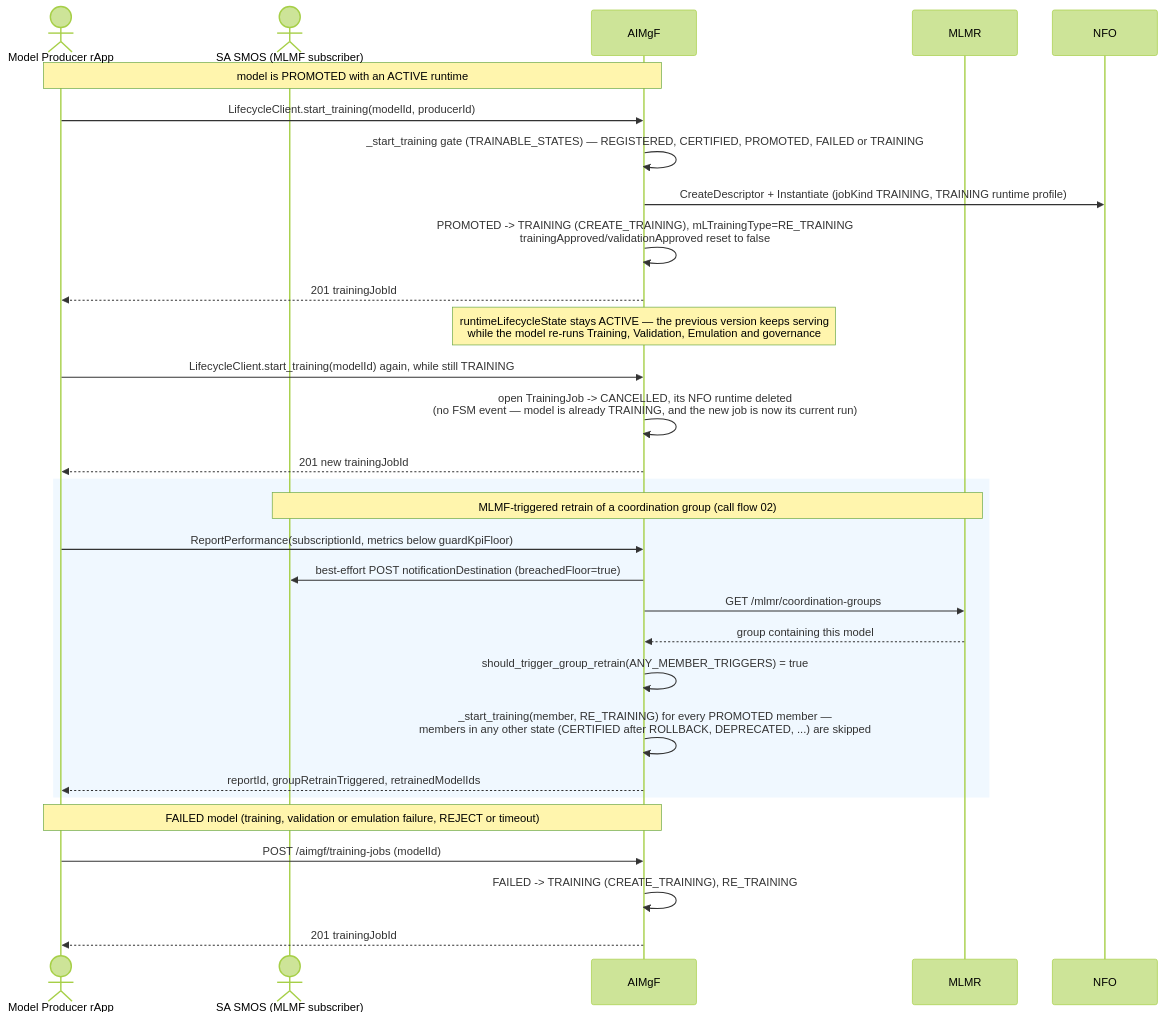
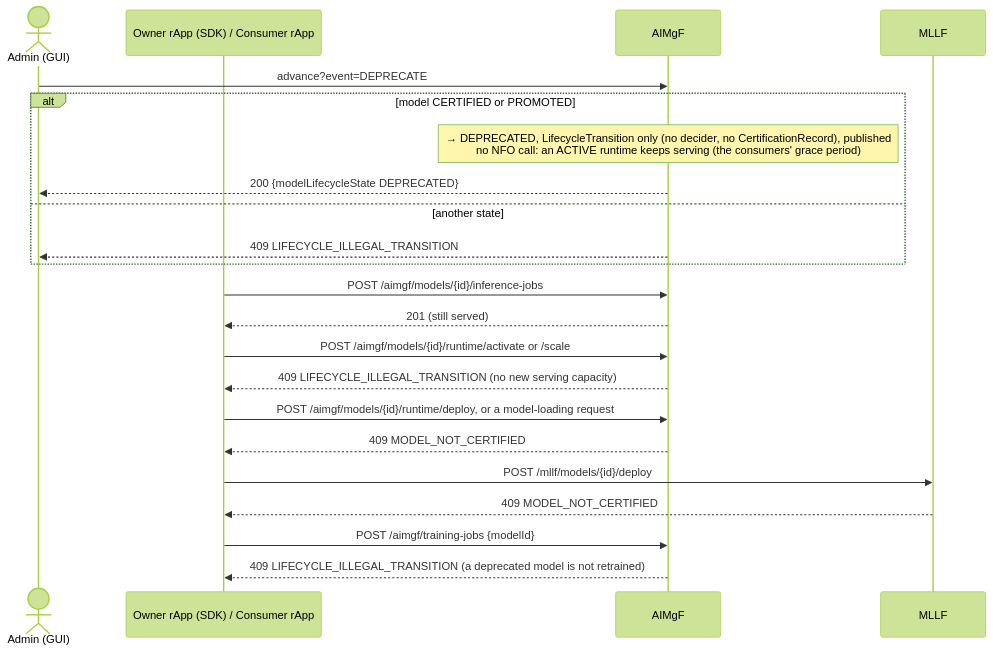
The fourth of 5 diagrams in smo/docs/call-flows/26-model-governance-and-end-of-life.md (rsys-bshankar/ai-ran-smo), drawn with Mermaid (forest theme) before and after one commit. The commit also changed other lines of this file and 27 other files, not shown here.

First line of the commit message:
Call flow 26 rewritten: decider recorded, model lifecycle events, serving model not deletable (DOC-CF-1.7)

````diff
--- a/smo/docs/call-flows/26-model-governance-and-end-of-life.md
+++ b/smo/docs/call-flows/26-model-governance-and-end-of-life.md
@@ -194,36 +158,26 @@
 ```mermaid
 sequenceDiagram
-    actor Producer as Model Producer rApp
-    actor SA as SA SMOS (MLMF subscriber)
-    participant AIMgF as AIMgF
-    participant MLMR as MLMR
-    participant NFO as NFO
+    actor Ad as Admin (GUI)
+    participant R as Owner rApp (SDK) / Consumer rApp
+    participant AIM as AIMgF
+    participant MLLF as MLLF
 
-    Note over Producer,AIMgF: model is PROMOTED with an ACTIVE runtime
-    Producer->>AIMgF: LifecycleClient.start_training(modelId, producerId)
-    AIMgF->>AIMgF: _start_training gate (TRAINABLE_STATES) — REGISTERED, CERTIFIED, PROMOTED, FAILED or TRAINING
-    AIMgF->>NFO: CreateDescriptor + Instantiate (jobKind TRAINING, TRAINING runtime profile)
-    AIMgF->>AIMgF: PROMOTED -> TRAINING (CREATE_TRAINING), mLTrainingType=RE_TRAINING<br/>trainingApproved/validationApproved reset to false
-    AIMgF-->>Producer: 201 trainingJobId
-    Note over AIMgF: runtimeLifecycleState stays ACTIVE — the previous version keeps serving<br/>while the model re-runs Training, Validation, Emulation and governance
-
-    Producer->>AIMgF: LifecycleClient.start_training(modelId) again, while still TRAINING
-    AIMgF->>AIMgF: open TrainingJob -> CANCELLED, its NFO runtime deleted<br/>(no FSM event — model is already TRAINING, and the new job is now its current run)
-    AIMgF-->>Producer: 201 new trainingJobId
-
-    rect rgb(240, 248, 255)
-    Note over SA,MLMR: MLMF-triggered retrain of a coordination group (call flow 02)
-    Producer->>AIMgF: ReportPerformance(subscriptionId, metrics below guardKpiFloor)
-    AIMgF->>SA: best-effort POST notificationDestination (breachedFloor=true)
-    AIMgF->>MLMR: GET /mlmr/coordination-groups
-    MLMR-->>AIMgF: group containing this model
-    AIMgF->>AIMgF: should_trigger_group_retrain(ANY_MEMBER_TRIGGERS) = true
-    AIMgF->>AIMgF: _start_training(member, RE_TRAINING) for every PROMOTED member —<br/>members in any other state (CERTIFIED after ROLLBACK, DEPRECATED, ...) are skipped
-    AIMgF-->>Producer: reportId, groupRetrainTriggered, retrainedModelIds
+    Ad->>AIM: advance?event=DEPRECATE
+    alt model CERTIFIED or PROMOTED
+        Note over AIM: → DEPRECATED, LifecycleTransition only (no decider, no CertificationRecord), published<br/>no NFO call: an ACTIVE runtime keeps serving (the consumers' grace period)
+        AIM-->>Ad: 200 {modelLifecycleState DEPRECATED}
+    else another state
+        AIM-->>Ad: 409 LIFECYCLE_ILLEGAL_TRANSITION
     end
 
-    Note over Producer,AIMgF: FAILED model (training, validation or emulation failure, REJECT or timeout)
-    Producer->>AIMgF: POST /aimgf/training-jobs (modelId)
-    AIMgF->>AIMgF: FAILED -> TRAINING (CREATE_TRAINING), RE_TRAINING
-    AIMgF-->>Producer: 201 trainingJobId
+    R->>AIM: POST /aimgf/models/{id}/inference-jobs
+    AIM-->>R: 201 (still served)
+    R->>AIM: POST /aimgf/models/{id}/runtime/activate or /scale
+    AIM-->>R: 409 LIFECYCLE_ILLEGAL_TRANSITION (no new serving capacity)
+    R->>AIM: POST /aimgf/models/{id}/runtime/deploy, or a model-loading request
+    AIM-->>R: 409 MODEL_NOT_CERTIFIED
+    R->>MLLF: POST /mllf/models/{id}/deploy
+    MLLF-->>R: 409 MODEL_NOT_CERTIFIED
+    R->>AIM: POST /aimgf/training-jobs {modelId}
+    AIM-->>R: 409 LIFECYCLE_ILLEGAL_TRANSITION (a deprecated model is not retrained)
 ```
````
